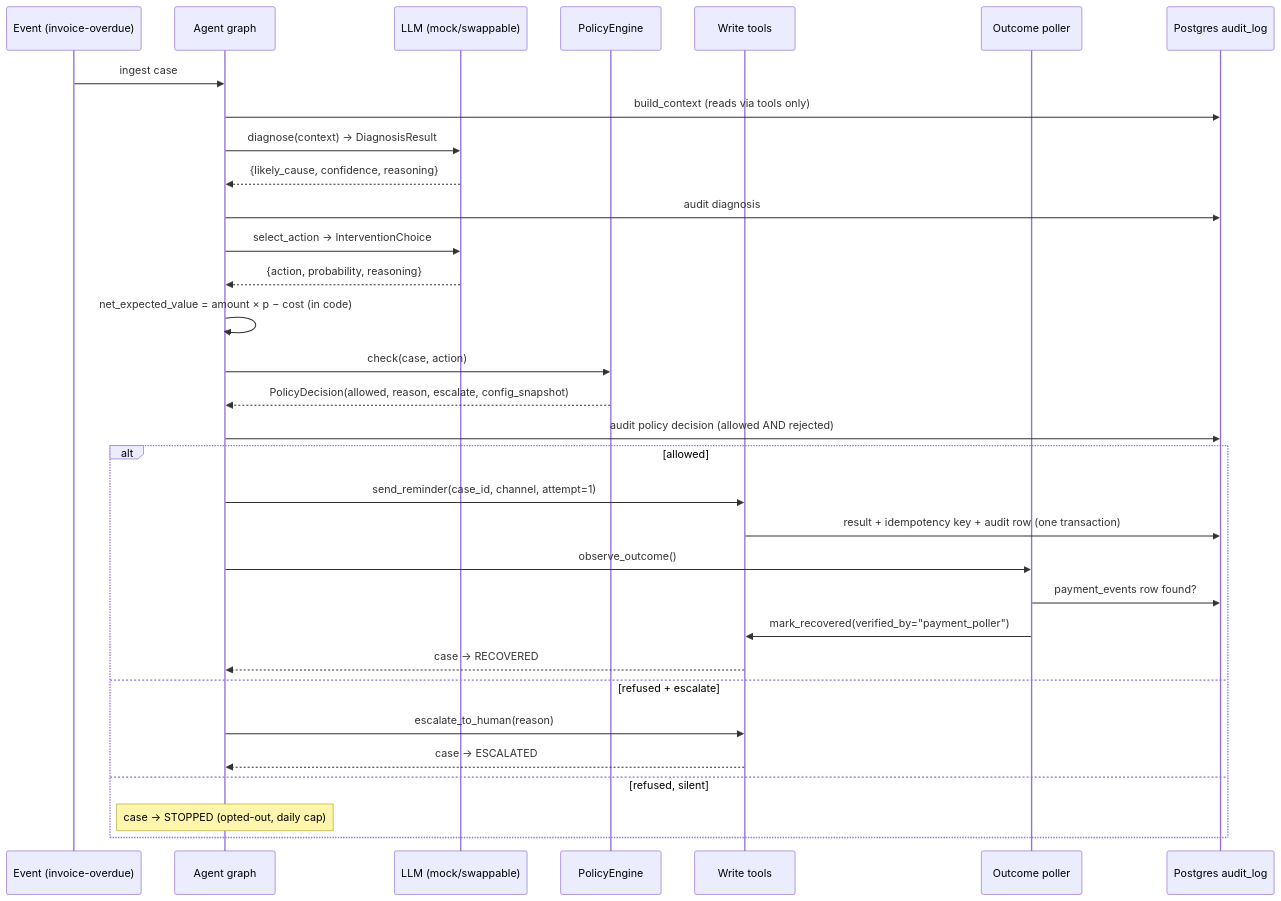
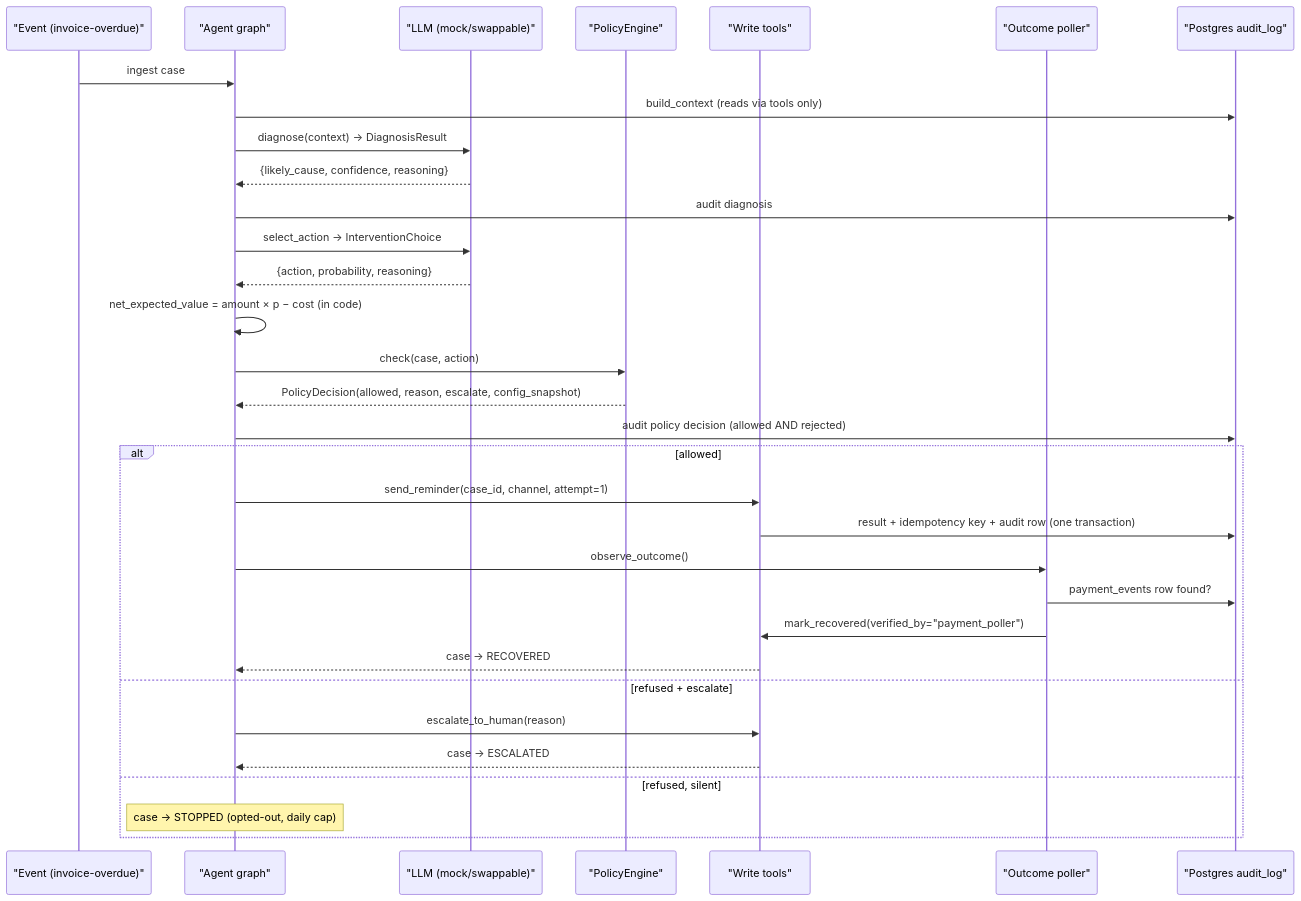
The third of 4 diagrams in README.md (10vulture1005/razorpay-buildathon), drawn with Mermaid before and after one commit. The commit also changed other lines of this file, not shown here.

````diff
--- a/README.md
+++ b/README.md
@@ -97,35 +97,35 @@
 ```mermaid
 sequenceDiagram
-    participant E as Event (invoice-overdue)
-    participant G as Agent graph
-    participant L as LLM (mock/swappable)
-    participant P as PolicyEngine
-    participant T as Write tools
-    participant W as Outcome poller
-    participant DB as Postgres audit_log
+    participant E as "Event (invoice-overdue)"
+    participant G as "Agent graph"
+    participant L as "LLM (mock/swappable)"
+    participant P as "PolicyEngine"
+    participant T as "Write tools"
+    participant W as "Outcome poller"
+    participant DB as "Postgres audit_log"
 
     E->>G: ingest case
     G->>DB: build_context (reads via tools only)
     G->>L: diagnose(context) → DiagnosisResult
     L-->>G: {likely_cause, confidence, reasoning}
     G->>DB: audit diagnosis
     G->>L: select_action → InterventionChoice
     L-->>G: {action, probability, reasoning}
     G->>G: net_expected_value = amount × p − cost (in code)
     G->>P: check(case, action)
     P-->>G: PolicyDecision(allowed, reason, escalate, config_snapshot)
     G->>DB: audit policy decision (allowed AND rejected)
     alt allowed
         G->>T: send_reminder(case_id, channel, attempt=1)
         T->>DB: result + idempotency key + audit row (one transaction)
         G->>W: observe_outcome()
         W->>DB: payment_events row found?
         W->>T: mark_recovered(verified_by="payment_poller")
         T-->>G: case → RECOVERED
     else refused + escalate
         G->>T: escalate_to_human(reason)
         T-->>G: case → ESCALATED
     else refused, silent
         Note over G: case → STOPPED (opted-out, daily cap)
     end
 ```
````
